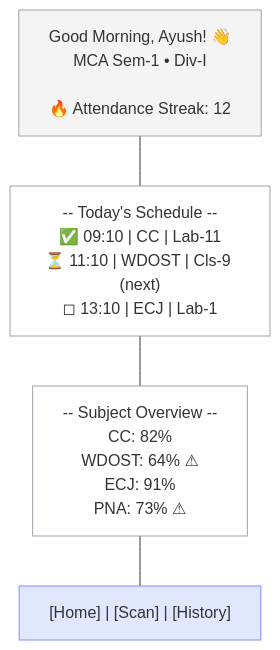
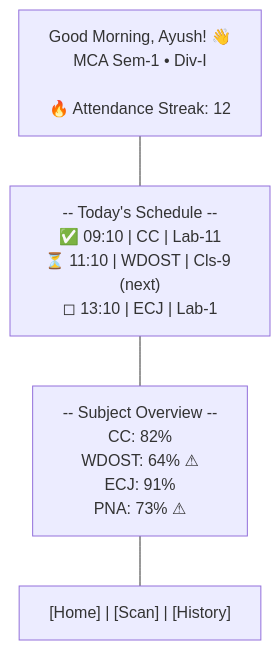
Before and after one commit to AyushBhagat151105/secured_attendance: the third of 3 diagrams in architecture.md, drawn with Mermaid. The commit also changed other lines of this file, not shown here.

Commit message:
docs: remove obsolete style definitions from architecture diagram

````diff
--- a/architecture.md
+++ b/architecture.md
@@ -1031,19 +1026,15 @@
 ```mermaid
 flowchart TB
     Header["Good Morning, Ayush! 👋<br>MCA Sem-1 • Div-I<br><br>🔥 Attendance Streak: 12"]
     
     Schedule["-- Today's Schedule --<br>✅ 09:10 | CC | Lab-11<br>⏳ 11:10 | WDOST | Cls-9 (next)<br>◻ 13:10 | ECJ | Lab-1"]
     
     Overview["-- Subject Overview --<br>CC: 82%<br>WDOST: 64% ⚠<br>ECJ: 91%<br>PNA: 73% ⚠"]
     
     Tabs["[Home] | [Scan] | [History]"]
 
     Header --- Schedule
     Schedule --- Overview
     Overview --- Tabs
 
-    style Header fill:#f4f4f5,stroke:#a1a1aa
-    style Schedule fill:#fff,stroke:#a1a1aa
-    style Overview fill:#fff,stroke:#a1a1aa
-    style Tabs fill:#e0e7ff,stroke:#818cf8
 ```
````
